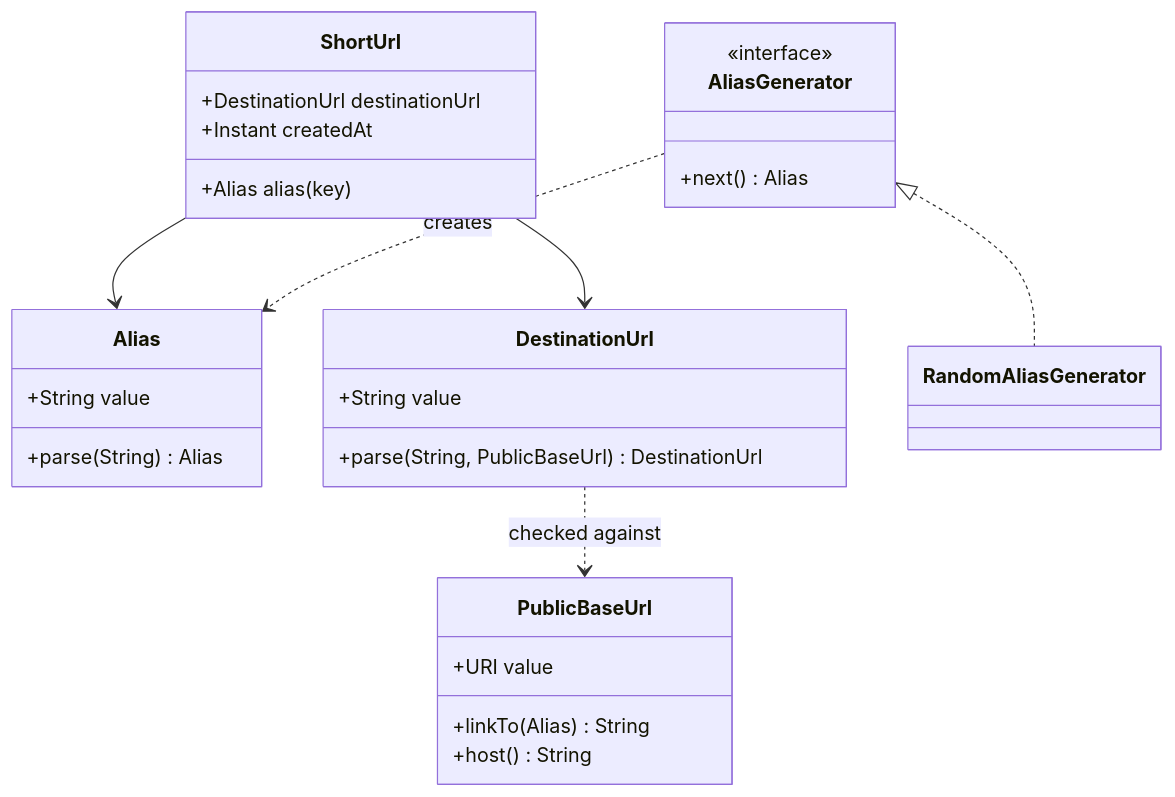
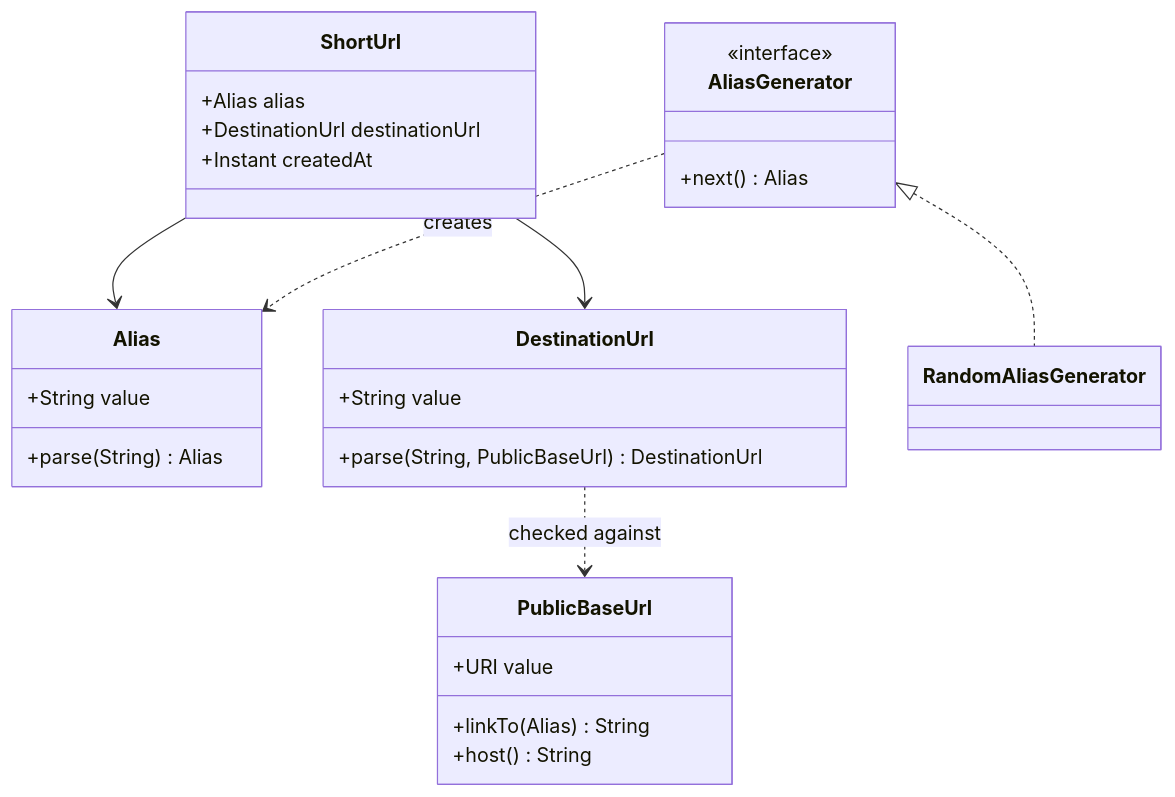
Before and after one commit to kieranpotts/tpximpact: the diagram in docs/design/concepts/domain-model.md, drawn with Mermaid. The commit also changed other lines of this file, not shown here.

````diff
--- a/docs/design/concepts/domain-model.md
+++ b/docs/design/concepts/domain-model.md
@@ -6,31 +6,31 @@
 ```mermaid
 classDiagram
   class ShortUrl {
-    +Alias alias (key)
+    +Alias alias
     +DestinationUrl destinationUrl
     +Instant createdAt
   }
   class Alias {
     +String value
     +parse(String) Alias
   }
   class DestinationUrl {
     +String value
     +parse(String, PublicBaseUrl) DestinationUrl
   }
   class PublicBaseUrl {
     +URI value
     +linkTo(Alias) String
     +host() String
   }
   class AliasGenerator {
     <<interface>>
     +next() Alias
   }
   class RandomAliasGenerator
   ShortUrl --> Alias
   ShortUrl --> DestinationUrl
   AliasGenerator <|.. RandomAliasGenerator
   AliasGenerator ..> Alias : creates
   DestinationUrl ..> PublicBaseUrl : checked against
 ```
````
